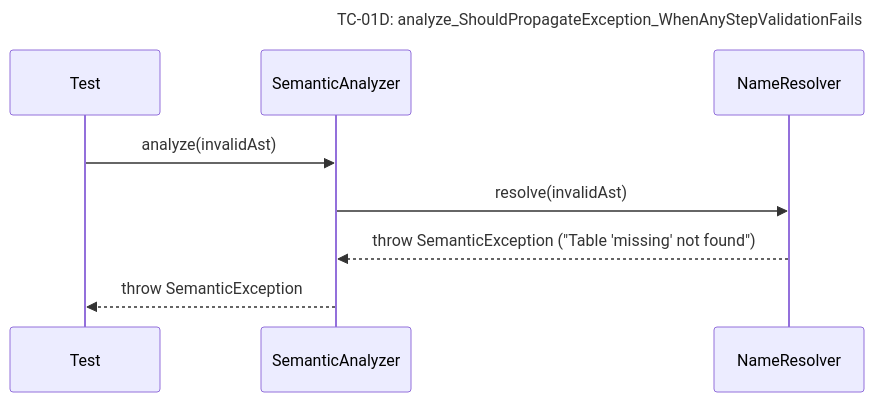
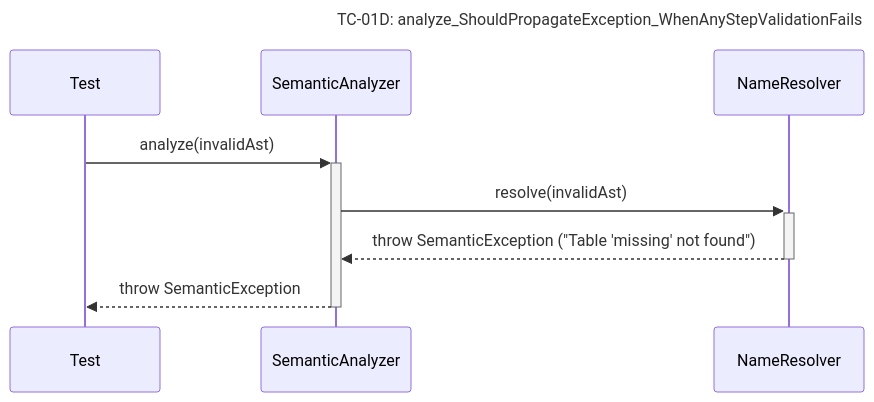
One commit to Dikhang1112/Database_Management_BBV changed the fifth of 30 diagrams in docs/unit_test/query_prossor/SequeceTestCase.md. Above: the diagram before and after it, drawn with Mermaid. The commit also changed other lines of this file and 12 other files, not shown here.

Commit message:
Refactor sequece diagram

````diff
--- a/docs/unit_test/query_prossor/SequeceTestCase.md
+++ b/docs/unit_test/query_prossor/SequeceTestCase.md
@@ -75,12 +76,12 @@
 ```mermaid
 sequenceDiagram
     title TC-01D: analyze_ShouldPropagateException_WhenAnyStepValidationFails
     participant Test
     participant SemanticAnalyzer
     participant NameResolver
 
-    Test->>SemanticAnalyzer: analyze(invalidAst)
-    SemanticAnalyzer->>NameResolver: resolve(invalidAst)
-    NameResolver-->>SemanticAnalyzer: throw SemanticException ("Table 'missing' not found")
-    SemanticAnalyzer-->>Test: throw SemanticException
+    Test->>+SemanticAnalyzer: analyze(invalidAst)
+    SemanticAnalyzer->>+NameResolver: resolve(invalidAst)
+    NameResolver-->>-SemanticAnalyzer: throw SemanticException ("Table 'missing' not found")
+    SemanticAnalyzer-->>-Test: throw SemanticException
 ```
````
